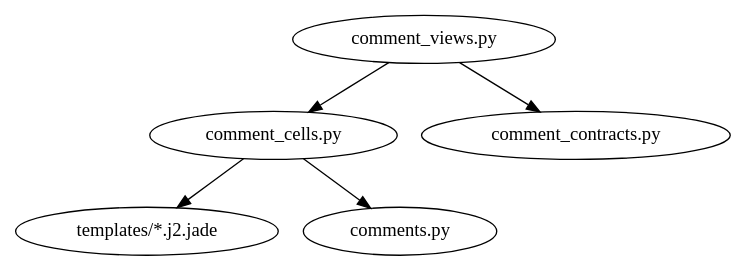
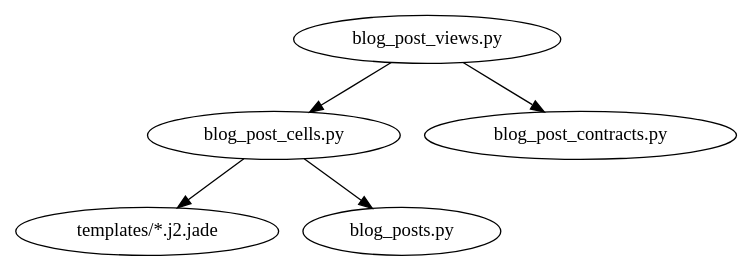
Before and after one commit to edemocracy/ekklesia: the second of 2 diagrams in docs/development/concept_tutorial.rst, drawn with Graphviz. The commit also changed other lines of this file and 1 other file, not shown here.

First line of the commit message:
Extend concept tutorial, use blog_post instead of comment

```diff
--- a/docs/development/concept_tutorial.rst
+++ b/docs/development/concept_tutorial.rst
@@ -79,9 +102,9 @@
 .. graphviz::
-   :caption: Comment Concept
+   :caption: Generated files for the Comment concept
 
    digraph concept {
-      "comment_views.py" -> "comment_cells.py"
-      "comment_views.py" -> "comment_contracts.py"
-      "comment_cells.py" -> "templates/*.j2.jade"
-      "comment_cells.py" -> "comments.py"
+      "blog_post_views.py" -> "blog_post_cells.py"
+      "blog_post_views.py" -> "blog_post_contracts.py"
+      "blog_post_cells.py" -> "templates/*.j2.jade"
+      "blog_post_cells.py" -> "blog_posts.py"
    }
```
